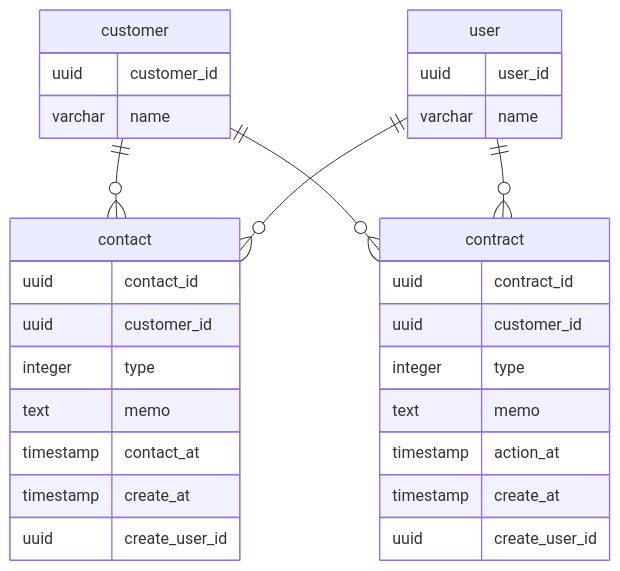
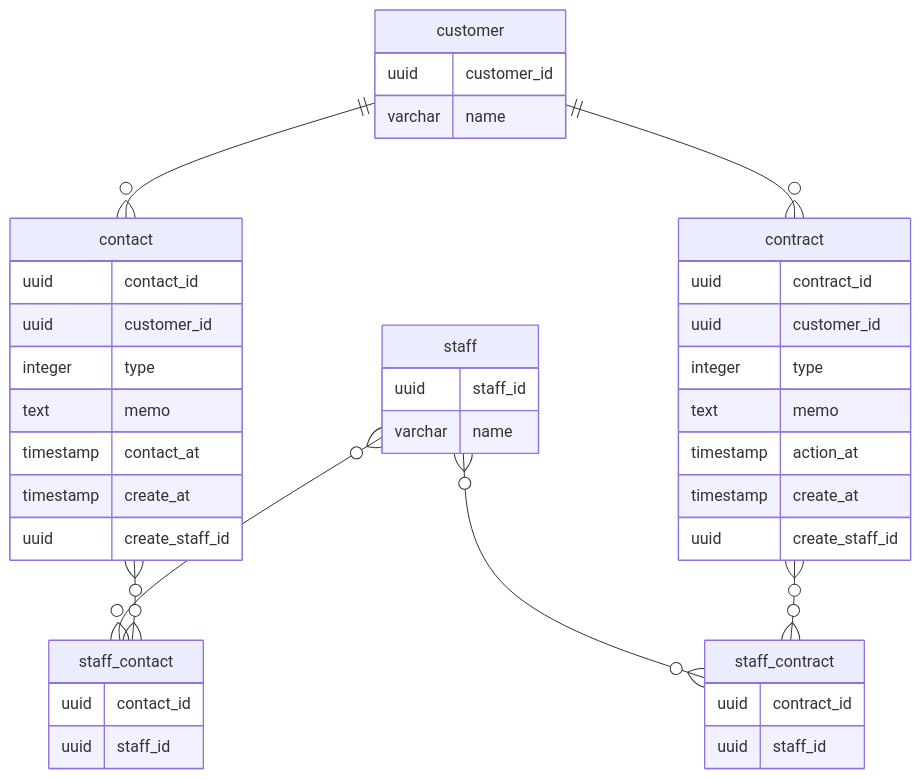
Before and after one commit to nyuusen/praha-challenge: the diagram in sql-anti-pattern/5/README.md, drawn with Mermaid. The commit also changed other lines of this file, not shown here.

Commit message:
update: staffとeventの間に交差テーブルを追加

````diff
--- a/sql-anti-pattern/5/README.md
+++ b/sql-anti-pattern/5/README.md
@@ -36,39 +37,51 @@
 ```mermaid
 erDiagram
 
 customer ||--o{ contact: ""
 customer ||--o{ contract: ""
-user ||--o{ contact: ""
-user ||--o{ contract: ""
+staff }o--o{ staff_contact: ""
+staff }o--o{ staff_contract: ""
+contact }o--o{ staff_contact: ""
+contract }o--o{ staff_contract: ""
 
 customer {
   uuid customer_id
   varchar name
 }
 
-user {
-  uuid user_id
+staff {
+  uuid staff_id
   varchar name
 }
 
 contact {
   uuid contact_id
   uuid customer_id
   integer type
   text memo
   timestamp contact_at
   timestamp create_at
-  uuid create_user_id
+  uuid create_staff_id
+}
+
+staff_contact {
+  uuid contact_id
+  uuid staff_id
 }
 
 contract {
   uuid contract_id
   uuid customer_id
   integer type
   text memo
   timestamp action_at
   timestamp create_at
-  uuid create_user_id
+  uuid create_staff_id
+}
+
+staff_contract {
+  uuid contract_id
+  uuid staff_id
 }
 
 ```
````
